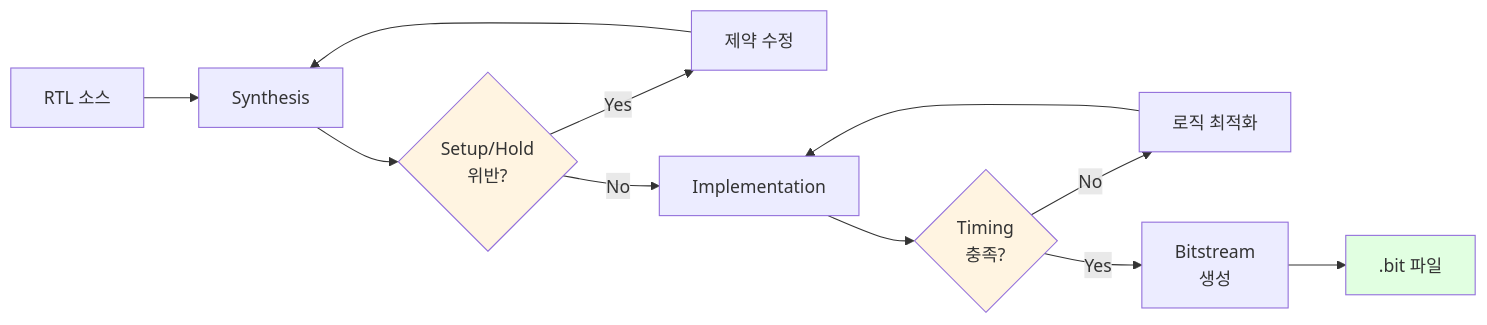
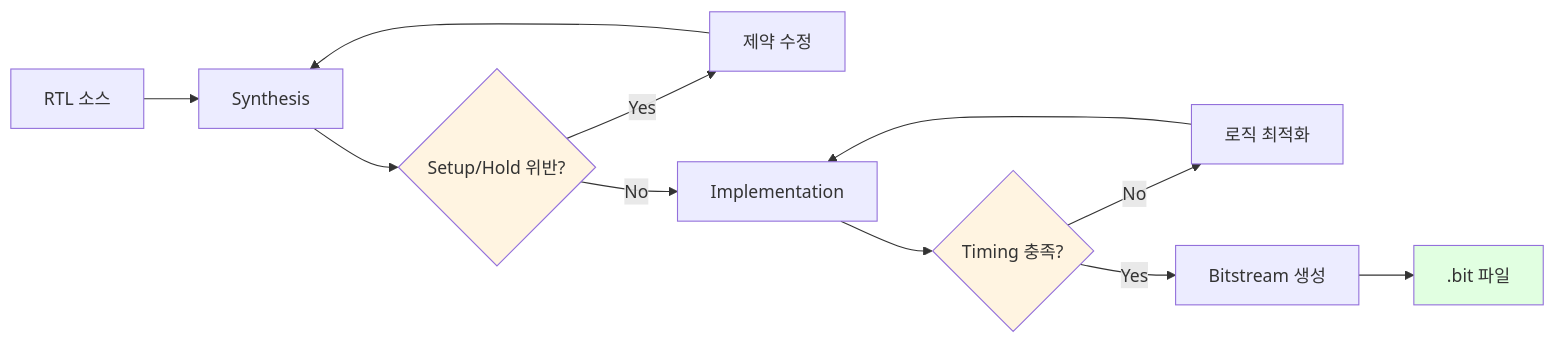
The third of 3 diagrams in source/fpga/README.md (hnabyz-bot/fpga-imx8mp), drawn with Mermaid before and after one commit. The commit also changed other lines of this file and 2 other files, not shown here.

Commit message:
Fix Mermaid chart rendering issues for GitHub compatibility

````diff
--- a/source/fpga/README.md
+++ b/source/fpga/README.md
@@ -73,17 +90,17 @@
 ```mermaid
 flowchart LR
     A[RTL 소스] --> B[Synthesis]
-    B --> C{Setup/Hold<br/>위반?}
+    B --> C{Setup/Hold 위반?}
     C -->|Yes| D[제약 수정]
     D --> B
     C -->|No| E[Implementation]
-    E --> F{Timing<br/>충족?}
+    E --> F{Timing 충족?}
     F -->|No| G[로직 최적화]
     G --> E
-    F -->|Yes| H[Bitstream<br/>생성]
+    F -->|Yes| H[Bitstream 생성]
     H --> I[.bit 파일]
     
     style I fill:#e1ffe1
     style C fill:#fff4e1
     style F fill:#fff4e1
 ```
````
